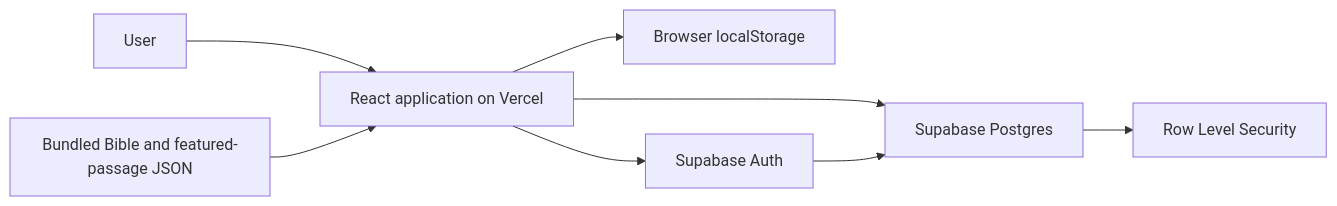
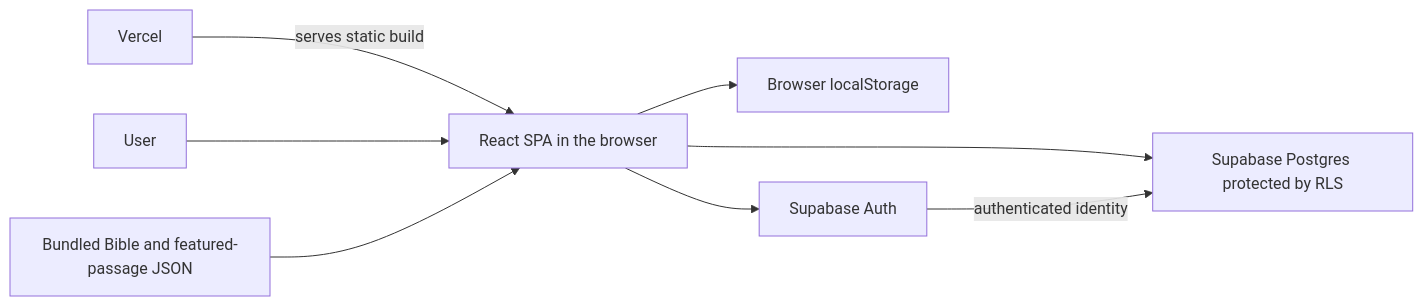
One commit to eirikenriquez/The-Word-per-Minute changed the first of 4 diagrams in docs/architecture.md. Above: the diagram before and after it, drawn with Mermaid. The commit also changed other lines of this file, not shown here.

Commit message:
clarify architecture boundaries

````diff
--- a/docs/architecture.md
+++ b/docs/architecture.md
@@ -27,10 +33,10 @@
 ```mermaid
 flowchart LR
-  user["User"] --> app["React application on Vercel"]
-  content["Bundled Bible and featured-passage JSON"] --> app
-  app --> local["Browser localStorage"]
-  app --> auth["Supabase Auth"]
-  app --> database["Supabase Postgres"]
-  auth --> database
-  database --> rls["Row Level Security"]
+  vercel["Vercel"] -->|serves static build| browser["React SPA in the browser"]
+  user["User"] --> browser
+  content["Bundled Bible and featured-passage JSON"] --> browser
+  browser --> local["Browser localStorage"]
+  browser --> auth["Supabase Auth"]
+  browser --> database["Supabase Postgres protected by RLS"]
+  auth -->|authenticated identity| database
 ```
````
